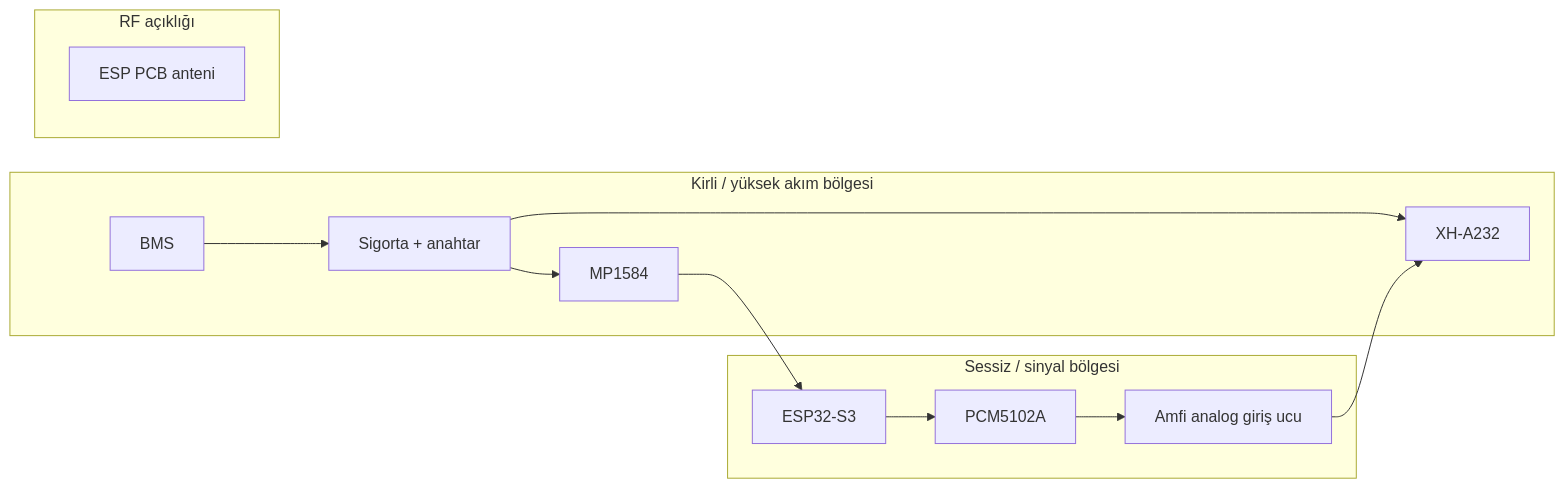
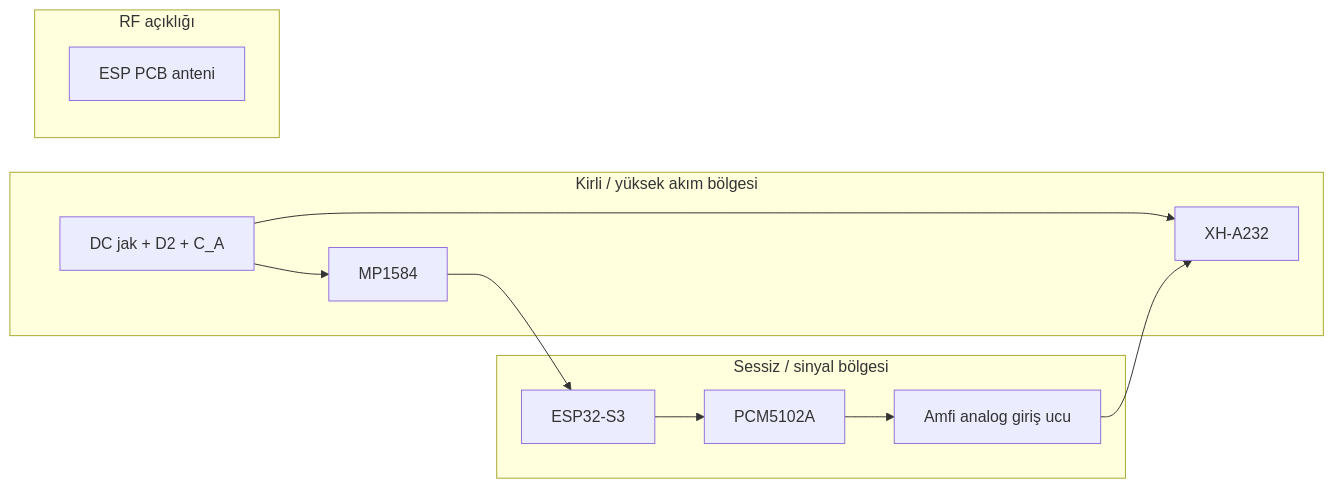
Before and after one commit to ktahatastan/esp32-airplay-speakers: the fifth of 7 diagrams in docs/02-hardware/circuit-and-wiring-plan.md, drawn with Mermaid. The commit also changed other lines of this file and 226 other files, not shown here.

````diff
--- a/docs/02-hardware/circuit-and-wiring-plan.md
+++ b/docs/02-hardware/circuit-and-wiring-plan.md
@@ -339,19 +271,18 @@
 ```mermaid
 flowchart LR
     subgraph NOISY[Kirli / yüksek akım bölgesi]
-      BMS2[BMS]
-      SW2[Sigorta + anahtar]
+      JACK2[DC jak + D2 + C_A]
       BUCK2[MP1584]
       AMP2[XH-A232]
     end
     subgraph QUIET[Sessiz / sinyal bölgesi]
       ESP2[ESP32-S3]
       DAC2[PCM5102A]
       AIN2[Amfi analog giriş ucu]
     end
     subgraph RF[RF açıklığı]
       ANT[ESP PCB anteni]
     end
-    BMS2 --> SW2 --> AMP2
-    SW2 --> BUCK2 --> ESP2 --> DAC2 --> AIN2 --> AMP2
+    JACK2 --> AMP2
+    JACK2 --> BUCK2 --> ESP2 --> DAC2 --> AIN2 --> AMP2
 ```
````
